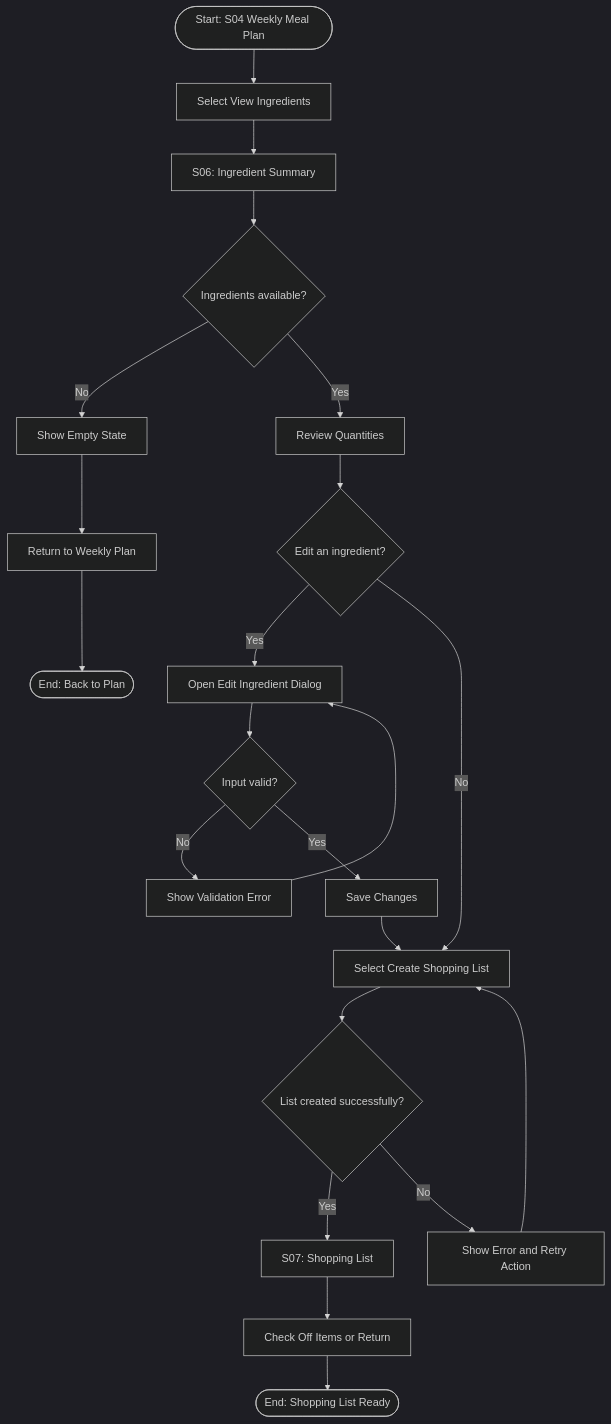
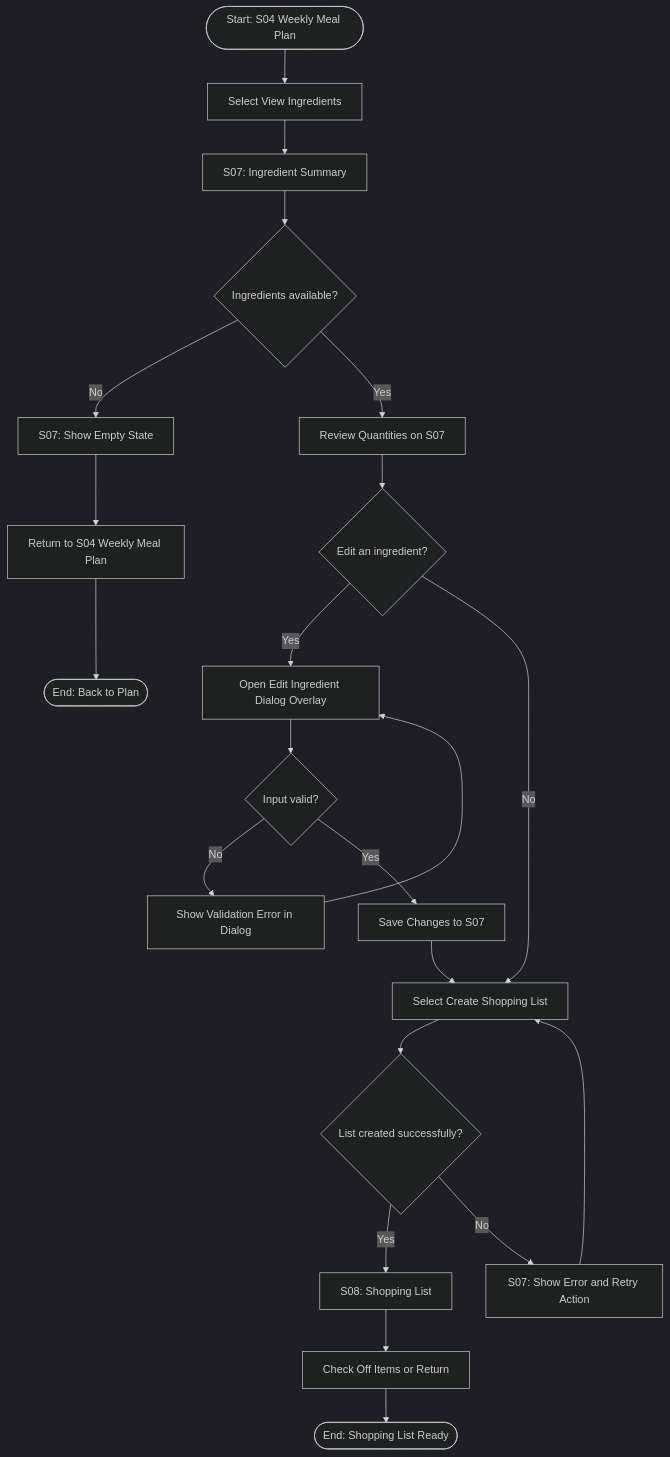
One commit to ruxenb/longvita changed the third of 4 diagrams in ux/user-flow.md. Above: the diagram before and after it, drawn with Mermaid (dark theme). The commit also changed other lines of this file and 4 other files, not shown here.

Commit message:
docs: sync user flows with screen inventory, add task sequence and stitch assets

````diff
--- a/ux/user-flow.md
+++ b/ux/user-flow.md
@@ -147,30 +155,30 @@
 ```mermaid
 flowchart TD
     A(["Start: S04 Weekly Meal Plan"]) --> B["Select View Ingredients"]
-    B --> C["S06: Ingredient Summary"]
+    B --> C["S07: Ingredient Summary"]
     C --> D{"Ingredients available?"}
 
-    D -- No --> E["Show Empty State"]
-    E --> F["Return to Weekly Plan"]
+    D -- No --> E["S07: Show Empty State"]
+    E --> F["Return to S04 Weekly Meal Plan"]
     F --> Z(["End: Back to Plan"])
 
-    D -- Yes --> G["Review Quantities"]
+    D -- Yes --> G["Review Quantities on S07"]
     G --> H{"Edit an ingredient?"}
 
-    H -- Yes --> I["Open Edit Ingredient Dialog"]
+    H -- Yes --> I["Open Edit Ingredient Dialog Overlay"]
     I --> J{"Input valid?"}
-    J -- No --> K["Show Validation Error"]
+    J -- No --> K["Show Validation Error in Dialog"]
     K --> I
-    J -- Yes --> L["Save Changes"]
+    J -- Yes --> L["Save Changes to S07"]
 
     H -- No --> M["Select Create Shopping List"]
     L --> M
 
     M --> N{"List created successfully?"}
-    N -- Yes --> O["S07: Shopping List"]
+    N -- Yes --> O["S08: Shopping List"]
     O --> P["Check Off Items or Return"]
     P --> Q(["End: Shopping List Ready"])
 
-    N -- No --> R["Show Error and Retry Action"]
+    N -- No --> R["S07: Show Error and Retry Action"]
     R --> M
 ```
````
